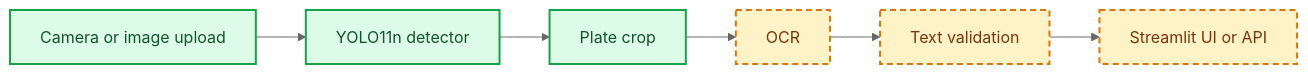
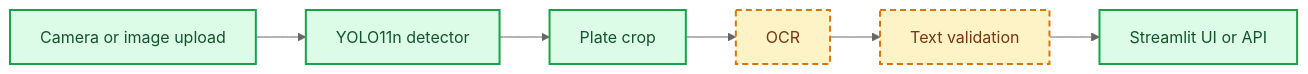
One commit to mohamedait-abbou/SmartPark-computer-vision-project changed the diagram in README.md. Above: the diagram before and after it, drawn with Mermaid (neutral theme). The commit also changed other lines of this file and 8 other files, not shown here.

````diff
--- a/README.md
+++ b/README.md
@@ -69,13 +87,13 @@
 ```mermaid
 flowchart LR
     A[Camera or image upload] --> B[YOLO11n detector]
     B --> C[Plate crop]
     C --> D[OCR]
     D --> E[Text validation]
     E --> F[Streamlit UI or API]
 
     classDef done fill:#dcfce7,stroke:#16a34a,stroke-width:2px,color:#14532d;
     classDef pending fill:#fef3c7,stroke:#d97706,stroke-width:2px,color:#78350f,stroke-dasharray: 6 4;
-    class A,B,C done;
-    class D,E,F pending;
+    class A,B,C,F done;
+    class D,E pending;
 ```
````
